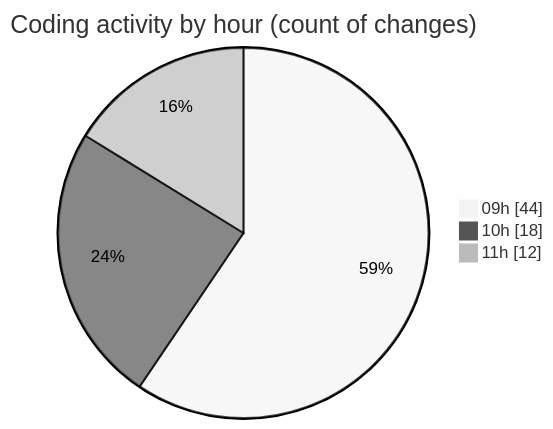
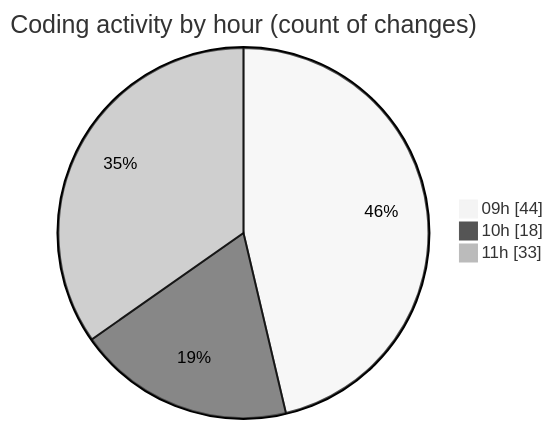
The second of 2 diagrams in 2026-08-07/cda/README.md (momahboobian/code-tracking), drawn with Mermaid (neutral theme) before and after one commit. The commit also changed other lines of this file and 1 other file, not shown here.

````diff
--- a/2026-08-07/cda/README.md
+++ b/2026-08-07/cda/README.md
@@ -42,7 +44,7 @@
 ```mermaid
 pie showData
 title Coding activity by hour (count of changes)
 "09h" : 44
 "10h" : 18
-"11h" : 12
+"11h" : 33
 ```
````
